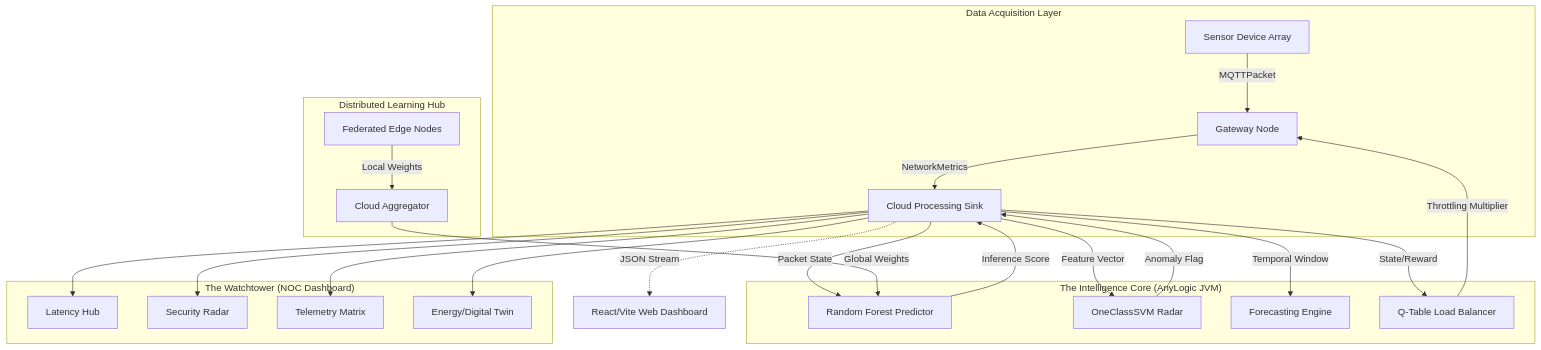
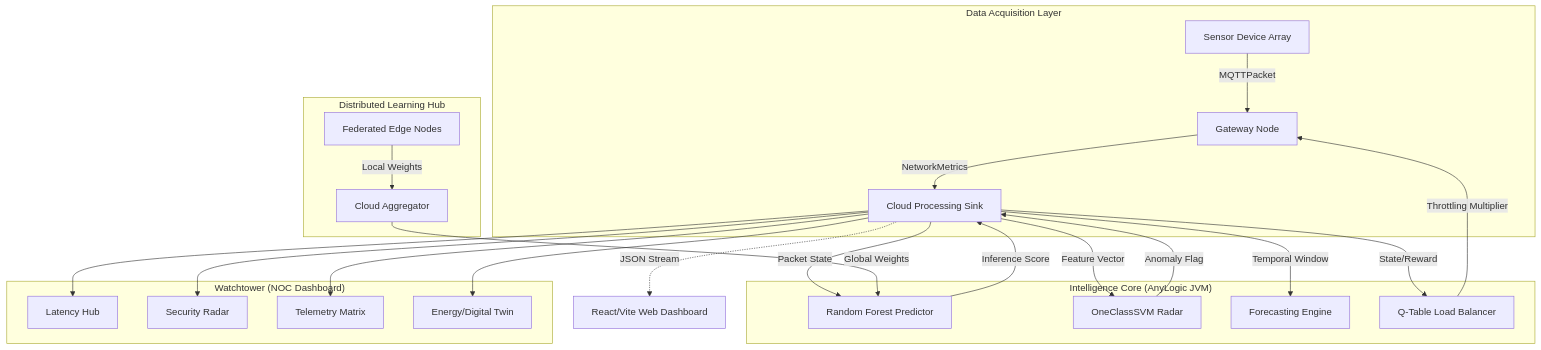
Before and after one commit to Zain-ul-abdeen-773/IOT-Simulation-Networking-Project: the diagram in README.md, drawn with Mermaid. The commit also changed other lines of this file, not shown here.

Commit message:
README with structured project architecture, tech stack badges, and comprehensive component documentation

````diff
--- a/README.md
+++ b/README.md
@@ -13,32 +117,27 @@
 ```mermaid
 graph TD
     subgraph "Data Acquisition Layer"
         S[Sensor Device Array] -->|MQTTPacket| G[Gateway Node]
         G -->|NetworkMetrics| SINK[Cloud Processing Sink]
     end
-
-    subgraph "The Intelligence Core (AnyLogic JVM)"
+    subgraph "Intelligence Core (AnyLogic JVM)"
         SINK -->|Packet State| RF[Random Forest Predictor]
         SINK -->|Feature Vector| SVM[OneClassSVM Radar]
         SINK -->|Temporal Window| TS[Forecasting Engine]
         SINK -->|State/Reward| RL[Q-Table Load Balancer]
-        
         RL -->|Throttling Multiplier| G
         RF -->|Inference Score| SINK
         SVM -->|Anomaly Flag| SINK
     end
-
-    subgraph "The Watchtower (NOC Dashboard)"
+    subgraph "Watchtower (NOC Dashboard)"
         SINK --> D1[Latency Hub]
         SINK --> D2[Security Radar]
         SINK --> D3[Telemetry Matrix]
         SINK --> D4[Energy/Digital Twin]
     end
-
     subgraph "Distributed Learning Hub"
         EDGE[Federated Edge Nodes] -->|Local Weights| AGG[Cloud Aggregator]
         AGG -->|Global Weights| RF
     end
-
     SINK -.->|JSON Stream| WD[React/Vite Web Dashboard]
 ```
````
